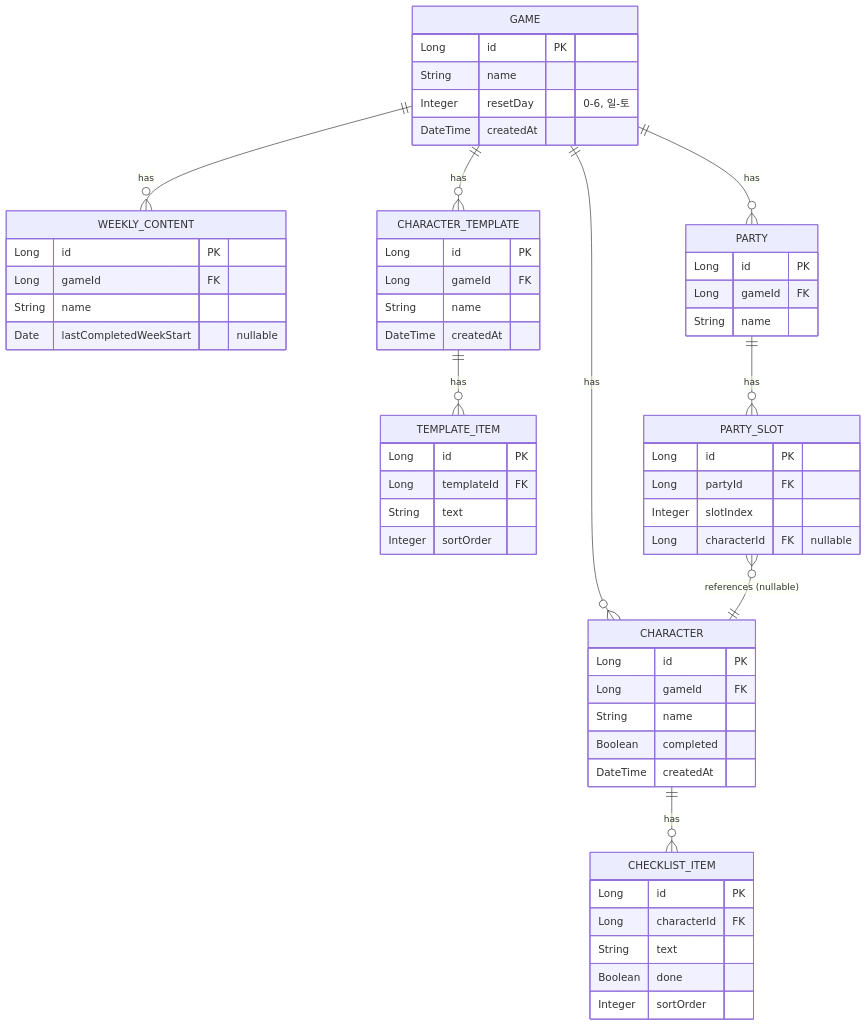
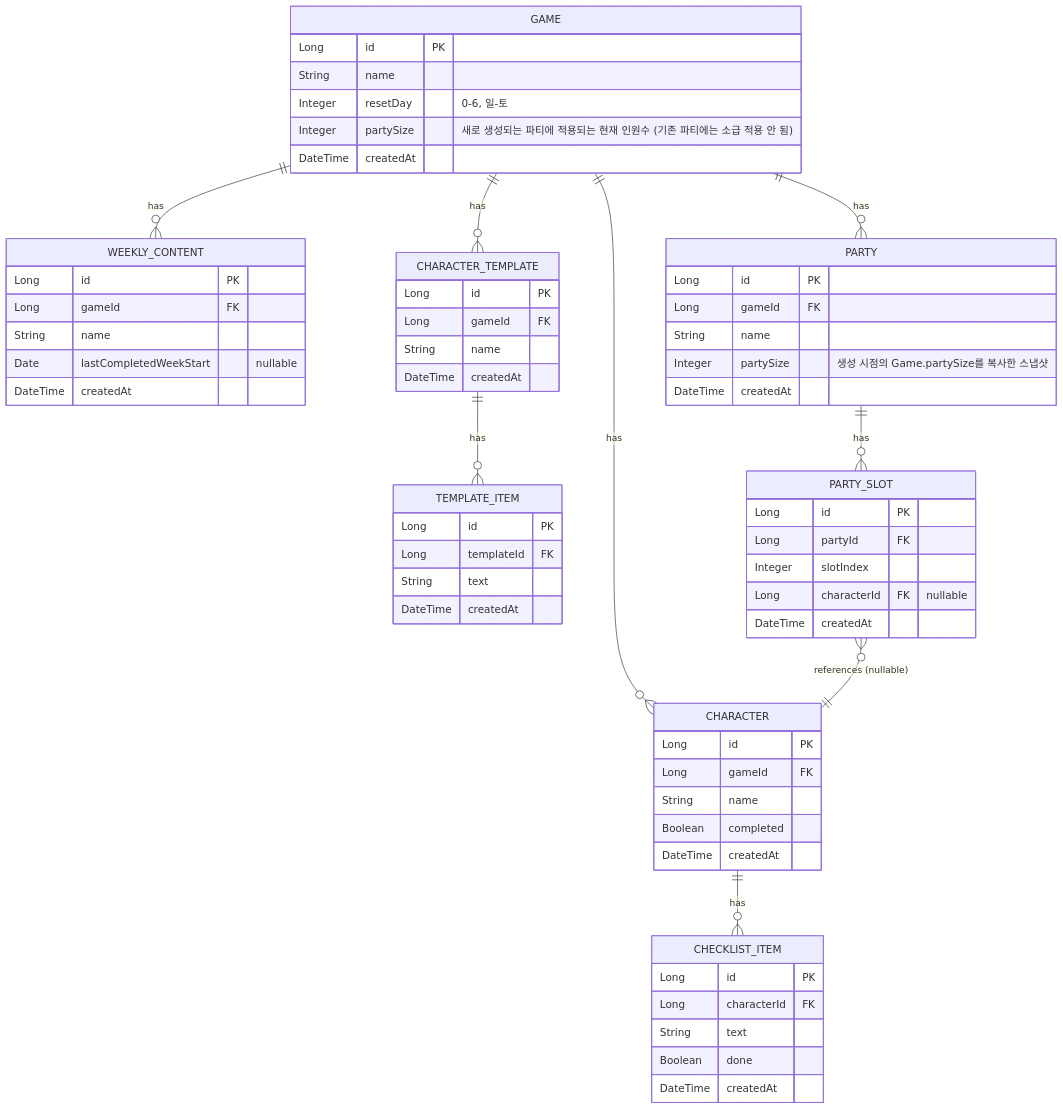
One commit to Erensia/game-scheduling-center changed the diagram in docs/backend/03-erd.md. Above: the diagram before and after it, drawn with Mermaid. The commit also changed other lines of this file and 7 other files, not shown here.

````diff
--- a/docs/backend/03-erd.md
+++ b/docs/backend/03-erd.md
@@ -7,68 +7,73 @@
 ```mermaid
 erDiagram
     GAME ||--o{ CHARACTER : has
     GAME ||--o{ WEEKLY_CONTENT : has
     GAME ||--o{ CHARACTER_TEMPLATE : has
     GAME ||--o{ PARTY : has
     CHARACTER ||--o{ CHECKLIST_ITEM : has
     CHARACTER_TEMPLATE ||--o{ TEMPLATE_ITEM : has
     PARTY ||--o{ PARTY_SLOT : has
     PARTY_SLOT }o--|| CHARACTER : "references (nullable)"
 
     GAME {
         Long id PK
         String name
         Integer resetDay "0-6, 일-토"
+        Integer partySize "새로 생성되는 파티에 적용되는 현재 인원수 (기존 파티에는 소급 적용 안 됨)"
         DateTime createdAt
     }
 
     CHARACTER {
         Long id PK
         Long gameId FK
         String name
         Boolean completed
         DateTime createdAt
     }
 
     CHECKLIST_ITEM {
         Long id PK
         Long characterId FK
         String text
         Boolean done
-        Integer sortOrder
+        DateTime createdAt
     }
 
     WEEKLY_CONTENT {
         Long id PK
         Long gameId FK
         String name
         Date lastCompletedWeekStart "nullable"
+        DateTime createdAt
     }
 
     CHARACTER_TEMPLATE {
         Long id PK
         Long gameId FK
         String name
         DateTime createdAt
     }
 
     TEMPLATE_ITEM {
         Long id PK
         Long templateId FK
         String text
-        Integer sortOrder
+        DateTime createdAt
     }
 
     PARTY {
         Long id PK
         Long gameId FK
         String name
+        Integer partySize "생성 시점의 Game.partySize를 복사한 스냅샷"
+        DateTime createdAt
     }
 
     PARTY_SLOT {
         Long id PK
         Long partyId FK
         Integer slotIndex
         Long characterId FK "nullable"
+        DateTime createdAt
     }
 ```
````
